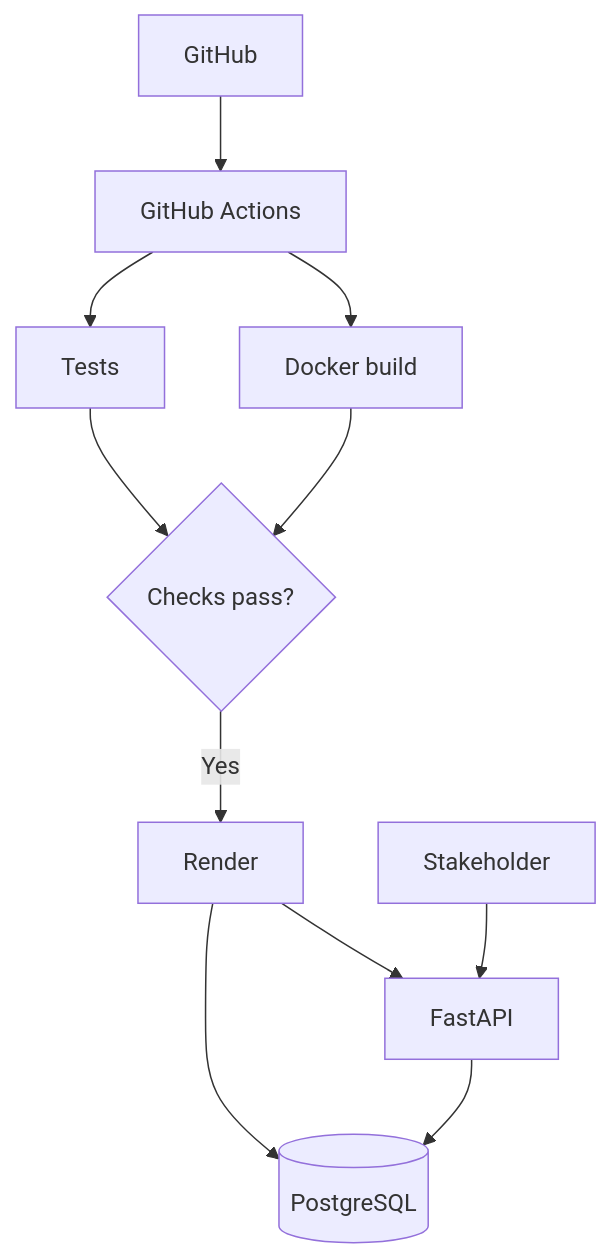
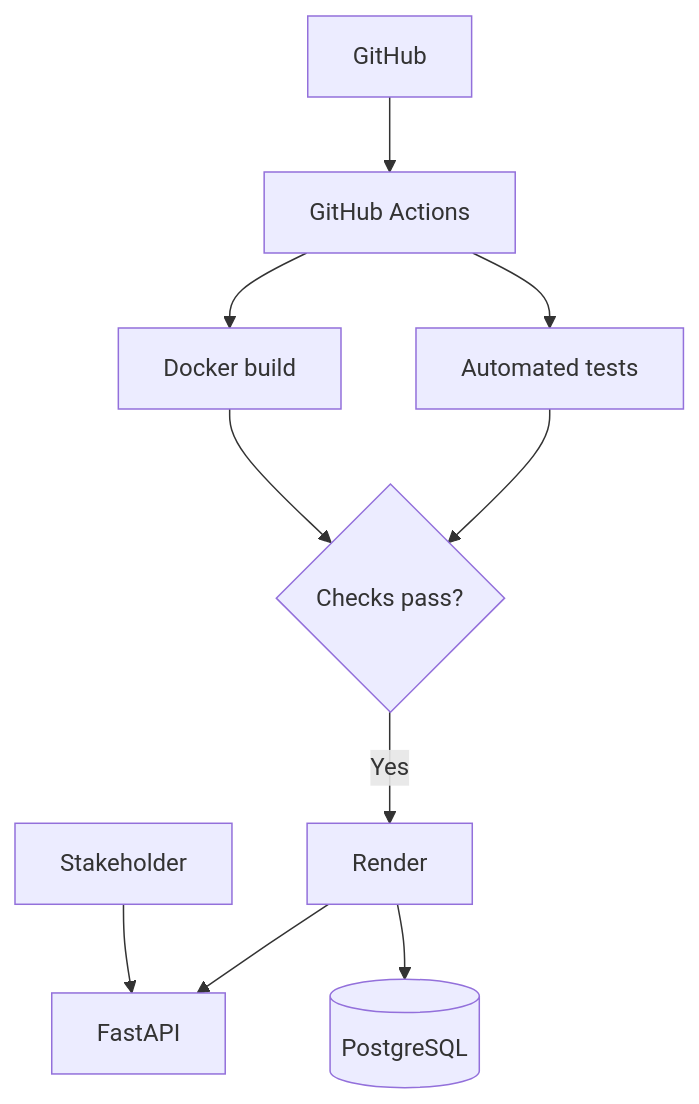
The second of 2 diagrams in README.md (danyyen/customer_intelligence_system), drawn with Mermaid before and after one commit. The commit also changed other lines of this file, not shown here.

````diff
--- a/README.md
+++ b/README.md
@@ -110,13 +110,12 @@
 ```mermaid
 flowchart TB
     Dev[GitHub] --> CI[GitHub Actions]
-    CI --> Tests[Tests]
+    CI --> Tests[Automated tests]
     CI --> Build[Docker build]
     Tests --> Gate{Checks pass?}
     Build --> Gate
     Gate -->|Yes| Render[Render]
     Render --> API[FastAPI]
     Render --> DB[(PostgreSQL)]
-    API --> DB
     User[Stakeholder] --> API
 ```
````
